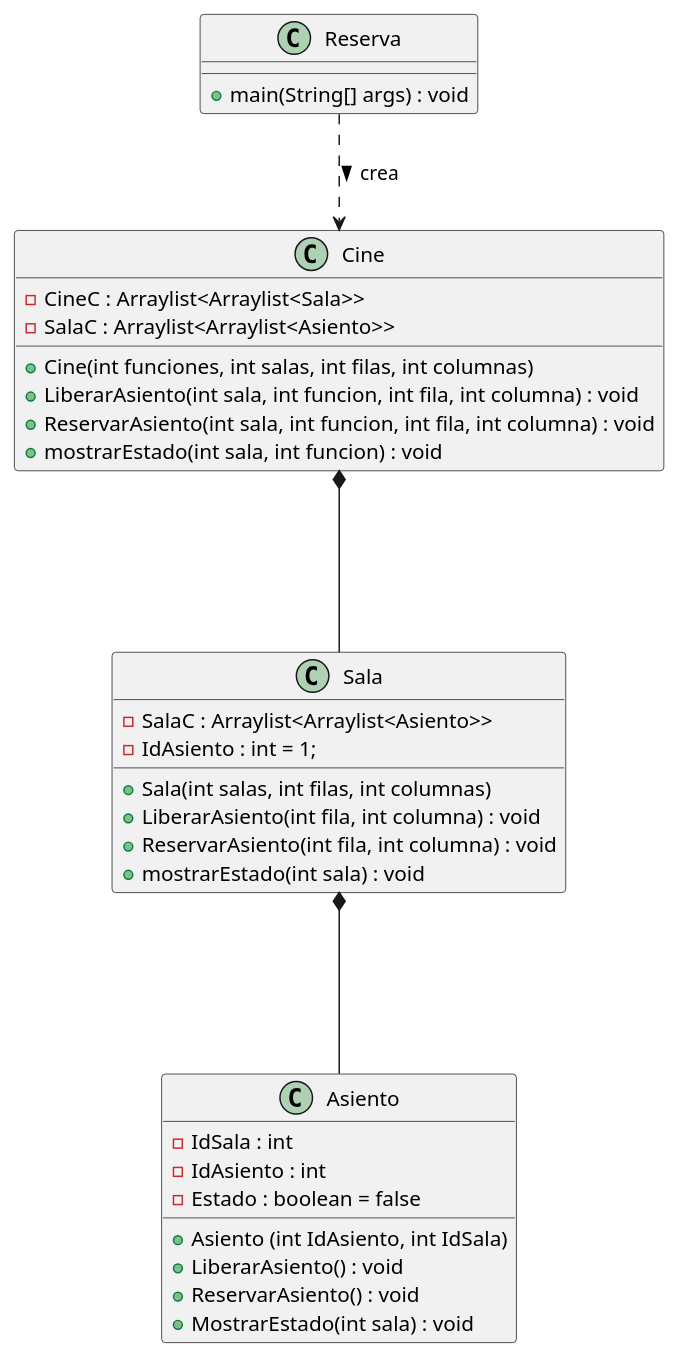
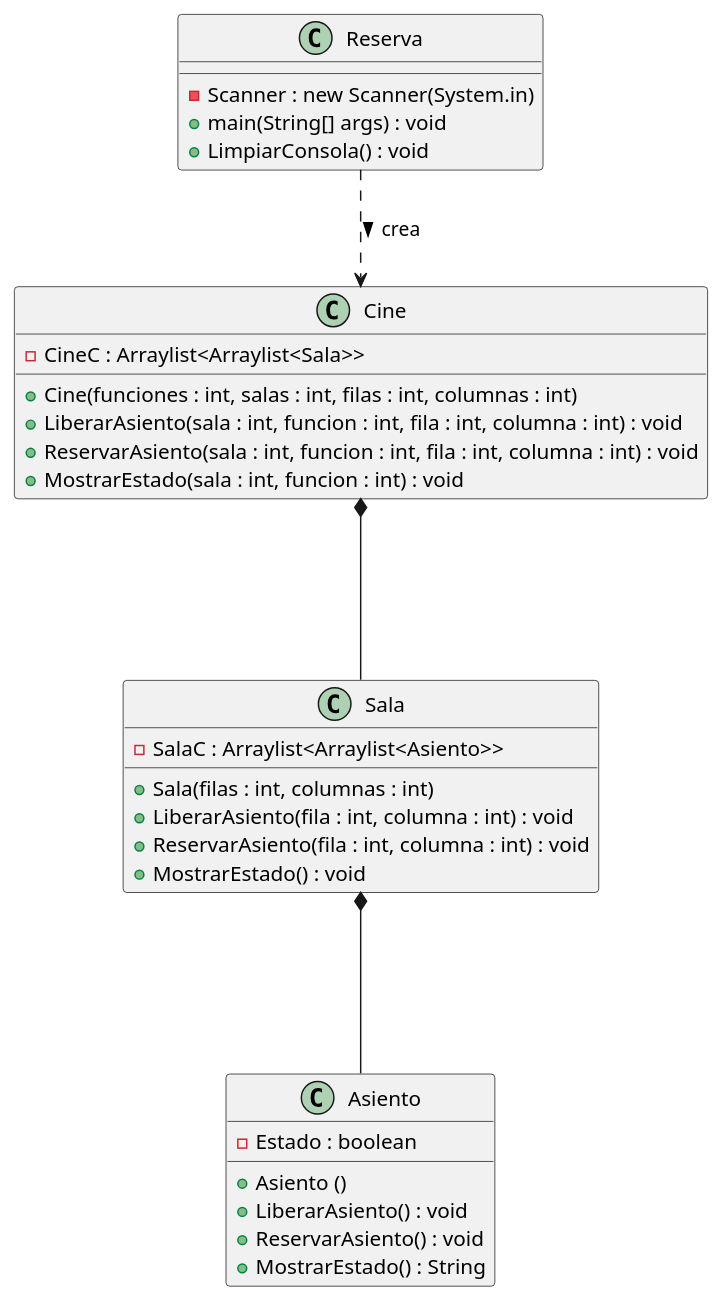
Before and after one commit to Kuripipeer/PR_Sistema_de_reservas_cine: the diagram in bin/Diagrama_Cine.puml, drawn with PlantUML. The commit also changed 1 other file, not shown here.

```diff
--- a/bin/Diagrama_Cine.puml
+++ b/bin/Diagrama_Cine.puml
@@ -1,39 +1,38 @@
 @startuml Sistema de reservas para cine
 
 class Asiento {
-    - IdSala : int
-    - IdAsiento : int
-    - Estado : boolean = false
-    + Asiento (int IdAsiento, int IdSala)
+
+    - Estado : boolean
+    + Asiento ()
     + LiberarAsiento() : void
     + ReservarAsiento() : void
-    + MostrarEstado(int sala) : void
+    + MostrarEstado() : String
 }
 
 class Sala{
     - SalaC : Arraylist<Arraylist<Asiento>>
-    - IdAsiento : int = 1;
-    + Sala(int salas, int filas, int columnas)
-    + LiberarAsiento(int fila, int columna) : void
-    + ReservarAsiento(int fila, int columna) : void
-    + mostrarEstado(int sala) : void
+    + Sala(filas : int, columnas : int)
+    + LiberarAsiento(fila : int, columna : int) : void
+    + ReservarAsiento(fila : int, columna : int) : void
+    + MostrarEstado() : void
 }
 
 class Cine{
     - CineC : Arraylist<Arraylist<Sala>>
-    - SalaC : Arraylist<Arraylist<Asiento>>
-    + Cine(int funciones, int salas, int filas, int columnas)
-    + LiberarAsiento(int sala, int funcion, int fila, int columna) : void
-    + ReservarAsiento(int sala, int funcion, int fila, int columna) : void
-    + mostrarEstado(int sala, int funcion) : void
+    + Cine(funciones : int, salas : int, filas : int, columnas : int)
+    + LiberarAsiento(sala : int, funcion : int, fila : int, columna : int) : void
+    + ReservarAsiento(sala : int, funcion : int, fila : int, columna : int) : void
+    + MostrarEstado(sala : int, funcion : int) : void
 }
 
 class Reserva {
+    - Scanner : new Scanner(System.in)
     + main(String[] args) : void
+    + LimpiarConsola() : void
 }
 
 Cine *--- Sala
 Sala *--- Asiento
 Reserva ..> Cine : crea >
 
 @enduml
```
